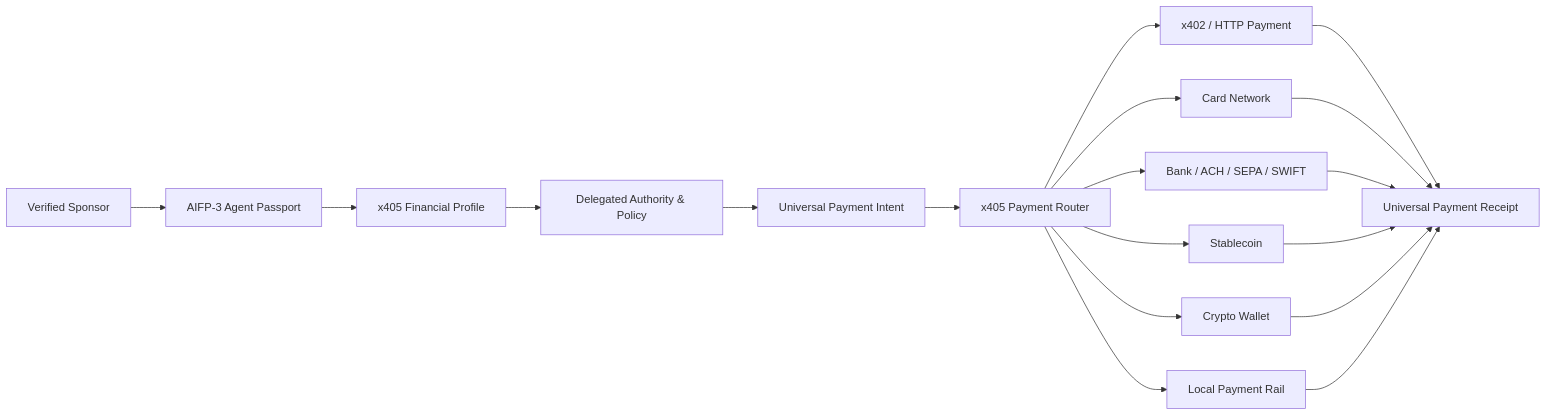
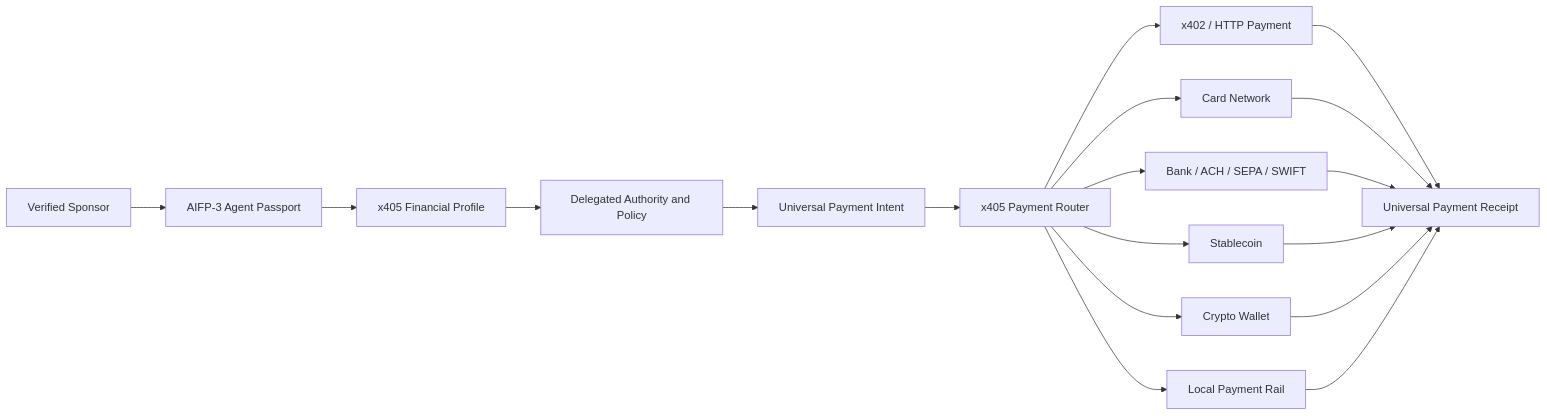
Before and after one commit to AiFinPay/AIFP-4-x405: the diagram in README.md, drawn with Mermaid. The commit also changed other lines of this file and 15 other files, not shown here.

First line of the commit message:
compliance: add global x405 framework and fix architecture rendering

````diff
--- a/README.md
+++ b/README.md
@@ -141,20 +161,20 @@
 ```mermaid
 flowchart LR
-  Sponsor[Verified Sponsor] --> Passport[AIFP-3 Agent Passport]
-  Passport --> Profile[x405 Financial Profile]
-  Profile --> Authority[Delegated Authority & Policy]
-  Authority --> Intent[Universal Payment Intent]
-  Intent --> Router[x405 Payment Router]
-  Router --> X402[x402 / HTTP Payment]
-  Router --> Card[Card Network]
-  Router --> Bank[Bank / ACH / SEPA / SWIFT]
-  Router --> Stable[Stablecoin]
-  Router --> Crypto[Crypto Wallet]
-  Router --> Local[Local Payment Rail]
-  X402 --> Receipt[Universal Payment Receipt]
+  Sponsor["Verified Sponsor"] --> Passport["AIFP-3 Agent Passport"]
+  Passport --> Profile["x405 Financial Profile"]
+  Profile --> Authority["Delegated Authority and Policy"]
+  Authority --> Intent["Universal Payment Intent"]
+  Intent --> Router["x405 Payment Router"]
+  Router --> X402["x402 / HTTP Payment"]
+  Router --> Card["Card Network"]
+  Router --> Bank["Bank / ACH / SEPA / SWIFT"]
+  Router --> Stable["Stablecoin"]
+  Router --> Crypto["Crypto Wallet"]
+  Router --> Local["Local Payment Rail"]
+  X402 --> Receipt["Universal Payment Receipt"]
   Card --> Receipt
   Bank --> Receipt
   Stable --> Receipt
   Crypto --> Receipt
   Local --> Receipt
 ```
````
